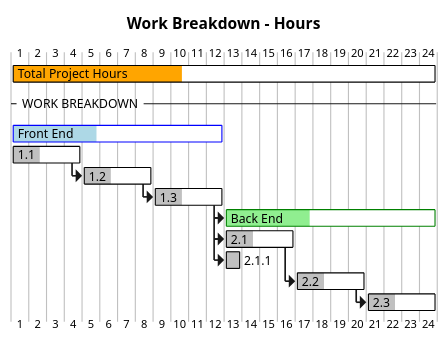
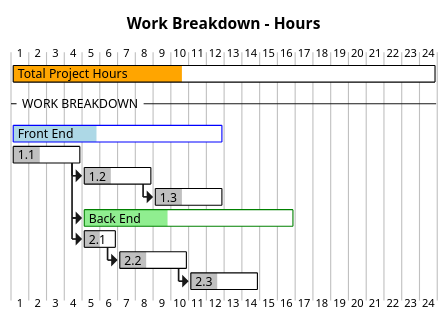
One commit to Miro-Stojanovic97/mirostoj-exercises-assessments changed the third of 3 diagrams in week-05/DontWreckMyHouse/README.md. Above: the diagram before and after it, drawn with PlantUML. The commit also changed other lines of this file and 22 other files, not shown here.

````diff
--- a/week-05/DontWreckMyHouse/README.md
+++ b/week-05/DontWreckMyHouse/README.md
@@ -184,41 +192,38 @@
 ```plantuml
 @startgantt
 title Work Breakdown - Hours
 
 /' Days in Gantt format below = Hours in project IRL '/
 
 [Total Project Hours] lasts 24 days
 [Total Project Hours] is colored in orange/black
 [Total Project Hours] is 40% complete
 --WORK BREAKDOWN --
 [Front End] lasts 12 days
 [Front End] is colored in lightblue/blue
 [Front End] is 40% complete
     [1.1] lasts 4 days
         [1.1] is colored in silver/black
         [1.1] is 40% completed
     [1.2] starts at [1.1]'s end and lasts 4 days
         [1.2] is colored in silver/black
         [1.2] is 40% completed
     [1.3] starts at [1.2]'s end and lasts 4 days
         [1.3] is colored in silver/black
         [1.3] is 40% completed
     
-[Back End] starts at [1.3]'s end and lasts 12 days
+[Back End] starts at [1.1]'s end and lasts 12 days
 [Back End] is colored in lightgreen/green
 [Back End] is 40% completed
-    [2.1] starts at [Back End]'s start and lasts 4 days
+    [2.1] starts at [Back End]'s start and lasts 2 days
         [2.1] is colored in silver/black
-        [2.1] is 40% complete
-        [2.1.1] starts at [2.1]'s start and lasts 1 days
-        [2.1.1] is colored in silver/black
-        [2.1.1] is 100% complete
+        [2.1] is 50% complete
     [2.2] starts at [2.1]'s end and lasts 4 days
         [2.2] is colored in silver/black
         [2.2] is 40% complete
     [2.3] starts at [2.2]'s end and lasts 4 days
         [2.3] is colored in silver/black
         [2.3] is 40% complete
 
 @endgantt
 ```
````
